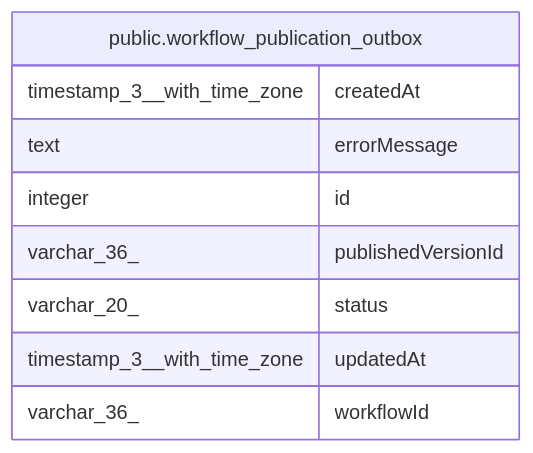
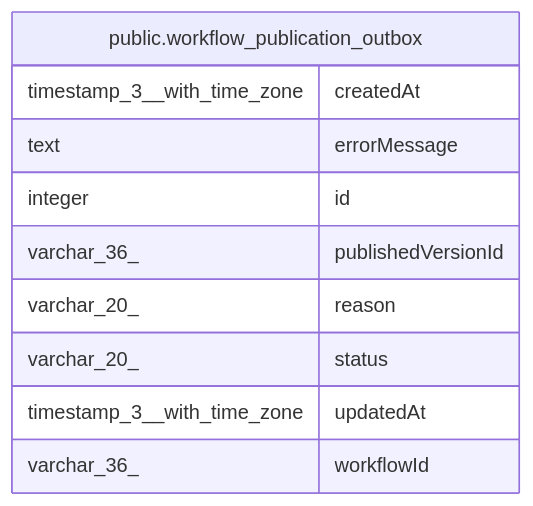
The diagram in n8n_integration/n8n_source/docs/generated/postgres-schema/public.workflow_publication_outbox.md (koreatest12/studys), drawn with Mermaid before and after one commit. The commit also changed other lines of this file and 23019 other files, not shown here.

````diff
--- a/n8n_integration/n8n_source/docs/generated/postgres-schema/public.workflow_publication_outbox.md
+++ b/n8n_integration/n8n_source/docs/generated/postgres-schema/public.workflow_publication_outbox.md
@@ -37,14 +40,15 @@
 ```mermaid
 erDiagram
 
 
 "public.workflow_publication_outbox" {
   timestamp_3__with_time_zone createdAt
   text errorMessage
   integer id
   varchar_36_ publishedVersionId
+  varchar_20_ reason
   varchar_20_ status
   timestamp_3__with_time_zone updatedAt
   varchar_36_ workflowId
 }
 ```
````
